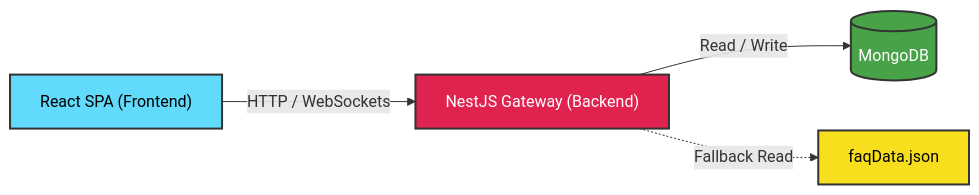
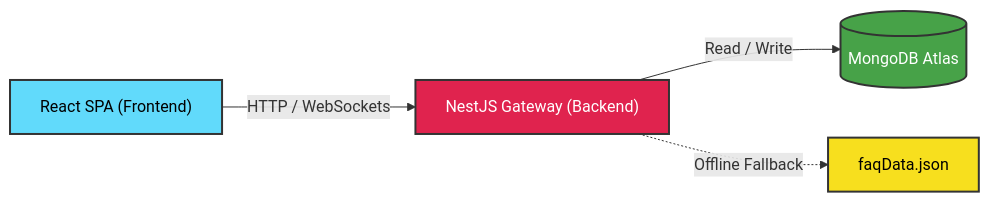
Before and after one commit to vicharanashala/cs35: the second of 2 diagrams in README.md, drawn with Mermaid. The commit also changed other lines of this file, not shown here.

````diff
--- a/README.md
+++ b/README.md
@@ -45,11 +47,11 @@
 ```mermaid
 flowchart LR
     Client["React SPA (Frontend)"] -- "HTTP / WebSockets" --> API["NestJS Gateway (Backend)"]
-    API -- "Read / Write" --> DB[("MongoDB")]
-    API -. "Fallback Read" .-> JSON["faqData.json"]
+    API -- "Read / Write" --> DB[("MongoDB Atlas")]
+    API -. "Offline Fallback" .-> JSON["faqData.json"]
     
     style Client fill:#61DAFB,stroke:#333,stroke-width:2px,color:#000
     style API fill:#E0234E,stroke:#333,stroke-width:2px,color:#FFF
     style DB fill:#47A248,stroke:#333,stroke-width:2px,color:#FFF
     style JSON fill:#F7DF1E,stroke:#333,stroke-width:2px,color:#000
 ```
````
